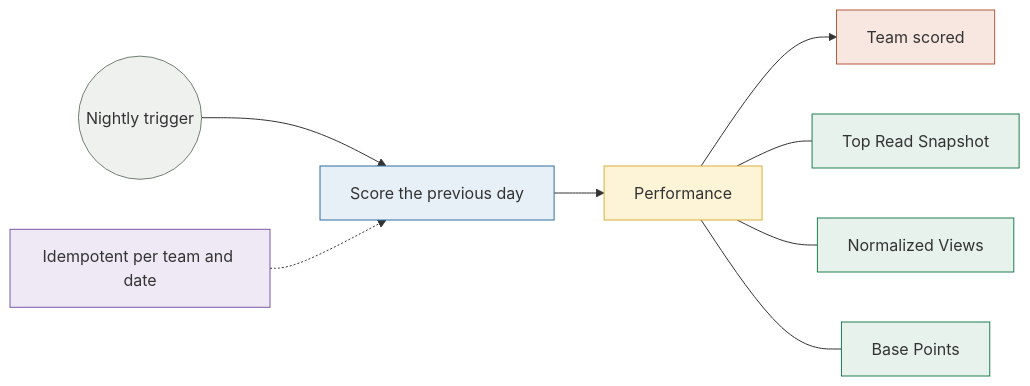
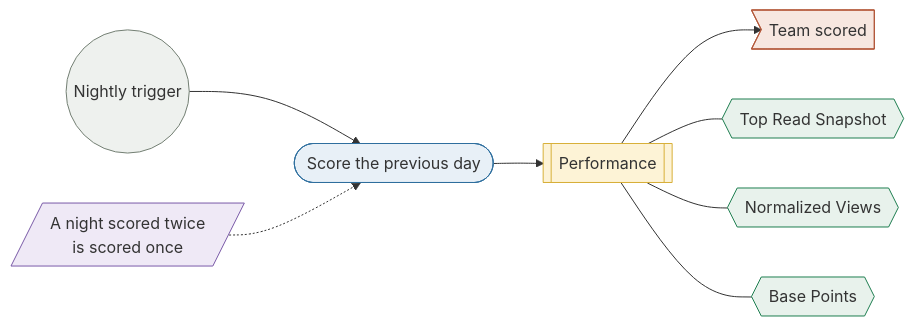
One commit to FantasyWiki/FantasyWiki changed the fifth of 5 diagrams in docs/site/pages/overview/requirements.md. Above: the diagram before and after it, drawn with Mermaid. The commit also changed other lines of this file and 20 other files, not shown here.

````diff
--- a/docs/site/pages/overview/requirements.md
+++ b/docs/site/pages/overview/requirements.md
@@ -134,17 +163,17 @@
 ```mermaid
 flowchart LR
-  A(("Nightly trigger")) --> C["Score the previous day"] --> G["Performance"] --> E["Team scored"]
-  G --- V1["Top Read Snapshot"]
-  G --- V2["Normalized Views"]
-  G --- V3["Base Points"]
-  P["Idempotent per team and date"] -.-> C
+  A(("Nightly trigger")) --> C(["Score the previous day"]) --> G[["Performance"]] --> E>"Team scored"]
+  G --- V1{{"Top Read Snapshot"}}
+  G --- V2{{"Normalized Views"}}
+  G --- V3{{"Base Points"}}
+  P[/"A night scored twice<br/>is scored once"/] -.-> C
 
   classDef actor fill:#eef1ee,stroke:#737f73;
   classDef action fill:#e8f0f7,stroke:#2f6f9e;
   classDef agg fill:#fdf3d6,stroke:#d8b03a;
   classDef event fill:#f7e7e0,stroke:#b45a3c;
   classDef value fill:#e8f2ec,stroke:#1e7e50;
   classDef policy fill:#efe9f6,stroke:#7a5aa8;
   class A actor; class C action; class G agg; class E event;
   class V1,V2,V3 value; class P policy;
 ```
````
